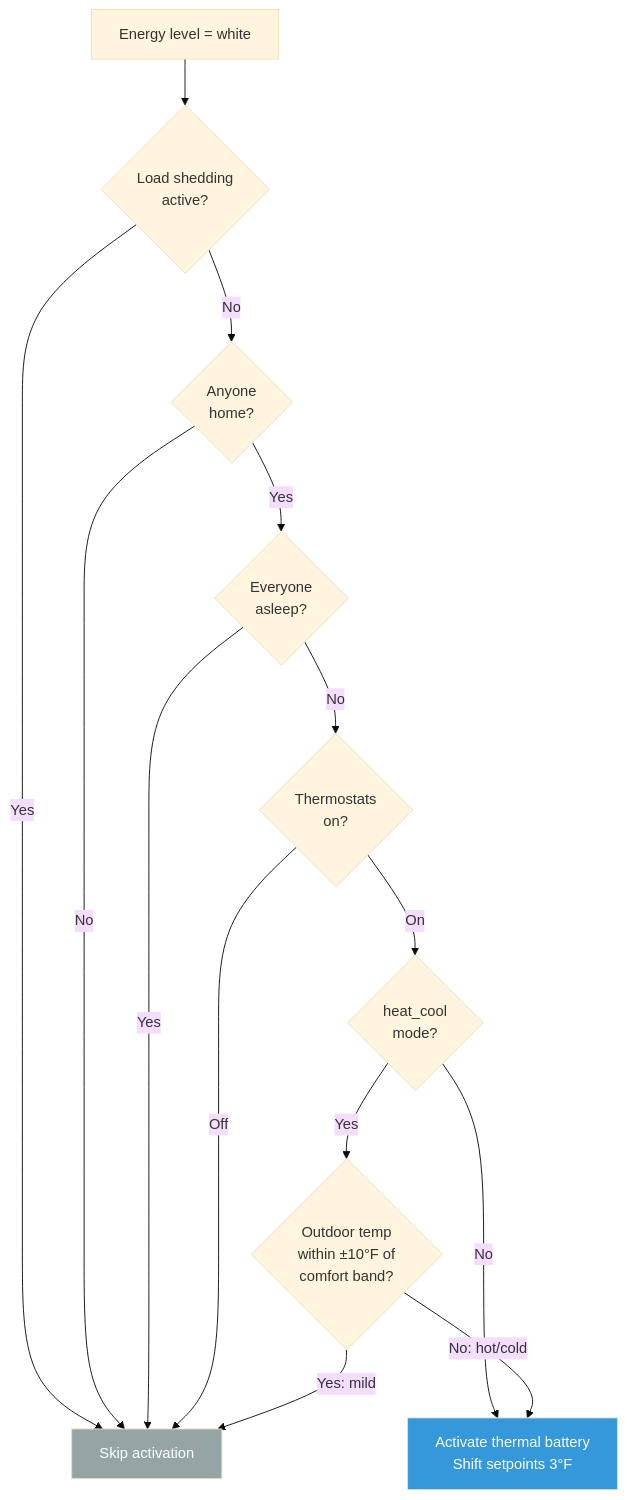
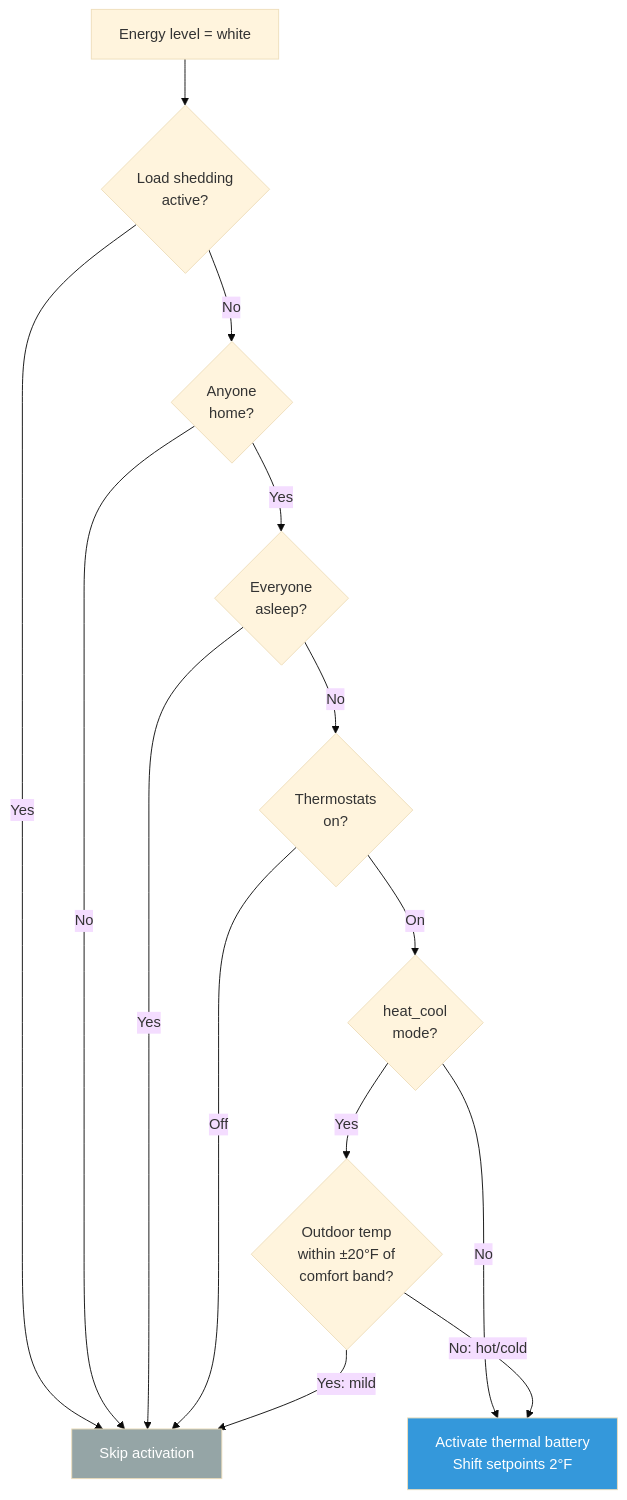
The fourth of 6 diagrams in docs/flows/LOAD_SHEDDING.md (NickBorgers/home-automation), drawn with Mermaid (base theme) before and after one commit. The commit also changed other lines of this file and 1 other file, not shown here.

First line of the commit message:
docs: Update thermal battery thresholds in flow docs

````diff
--- a/docs/flows/LOAD_SHEDDING.md
+++ b/docs/flows/LOAD_SHEDDING.md
@@ -122,29 +122,29 @@
 ```mermaid
 flowchart TD
     whiteLevel["Energy level = white"]
     checkLS{"Load shedding<br/>active?"}
     checkHome{"Anyone<br/>home?"}
     checkSleep{"Everyone<br/>asleep?"}
     checkHVAC{"Thermostats<br/>on?"}
     checkMode{"heat_cool<br/>mode?"}
-    checkOutdoor{"Outdoor temp<br/>within ±10°F of<br/>comfort band?"}
-    activate["Activate thermal battery<br/>Shift setpoints 3°F"]
+    checkOutdoor{"Outdoor temp<br/>within ±20°F of<br/>comfort band?"}
+    activate["Activate thermal battery<br/>Shift setpoints 2°F"]
     skip["Skip activation"]
 
     whiteLevel --> checkLS
     checkLS -->|Yes| skip
     checkLS -->|No| checkHome
     checkHome -->|No| skip
     checkHome -->|Yes| checkSleep
     checkSleep -->|Yes| skip
     checkSleep -->|No| checkHVAC
     checkHVAC -->|Off| skip
     checkHVAC -->|On| checkMode
     checkMode -->|No| activate
     checkMode -->|Yes| checkOutdoor
     checkOutdoor -->|Yes: mild| skip
     checkOutdoor -->|No: hot/cold| activate
 
     style activate fill:#3498db,color:#fff
     style skip fill:#95a5a6,color:#fff
 ```
````
